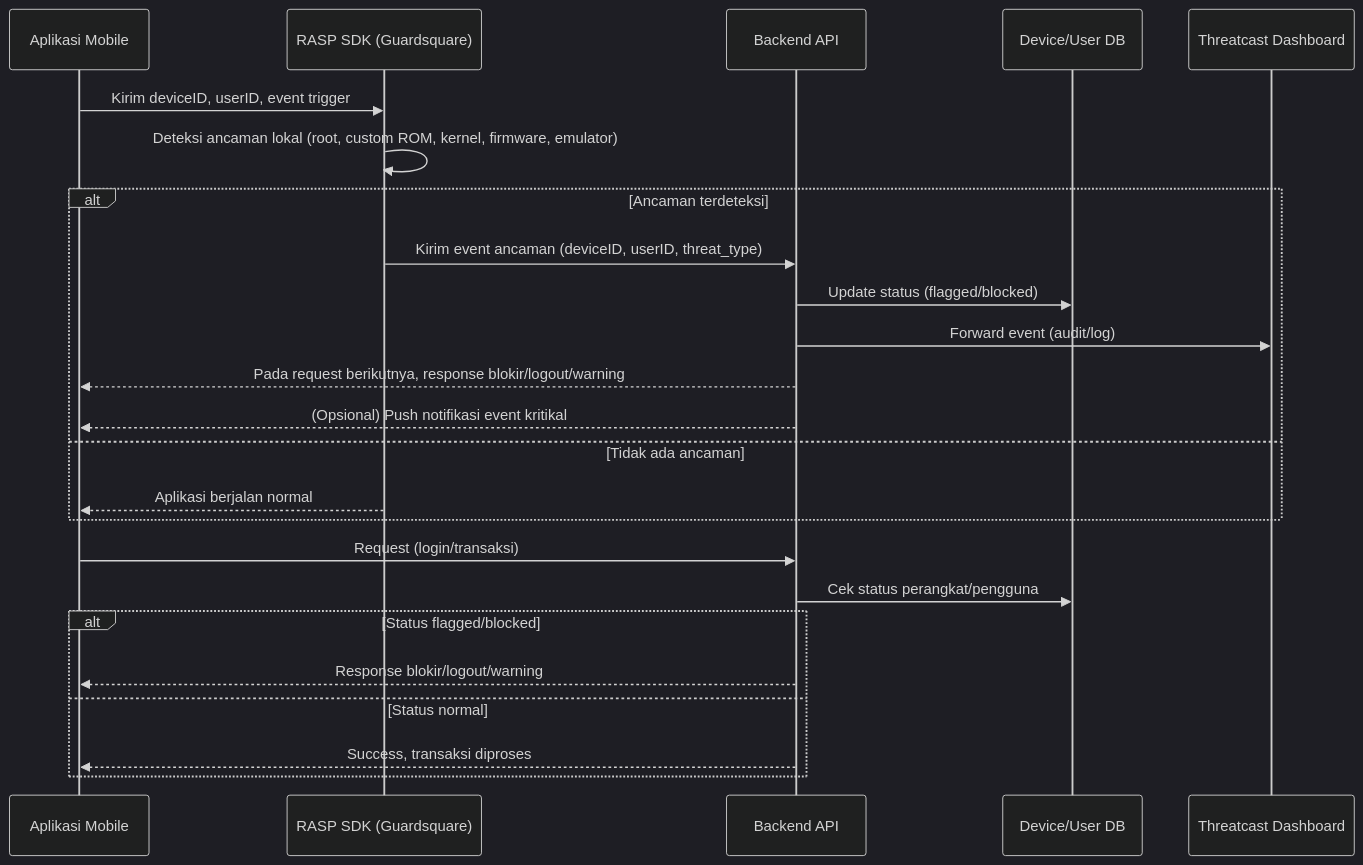
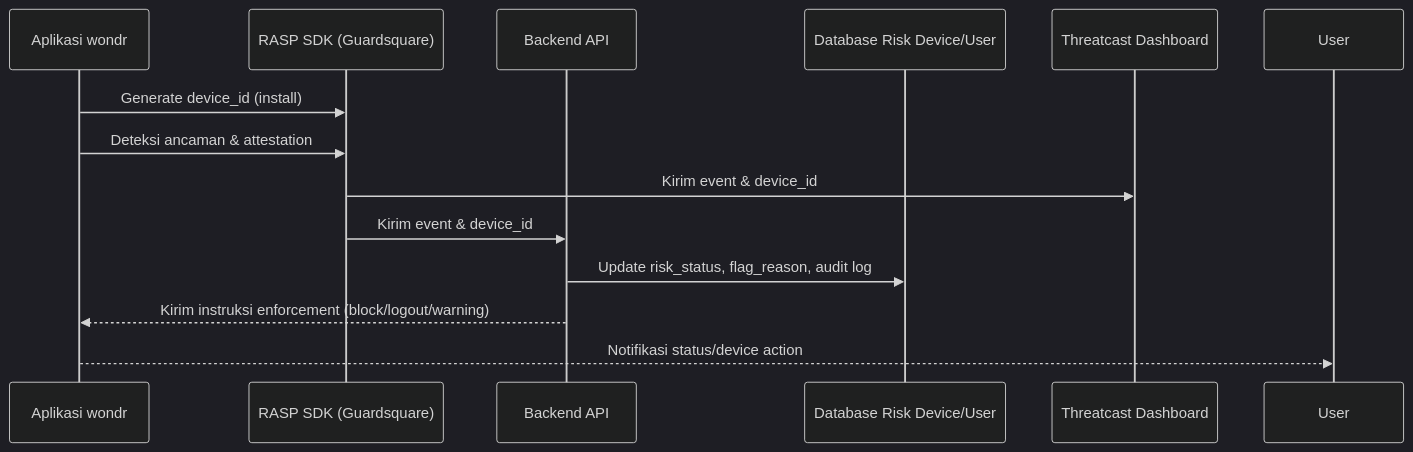
One commit to mdierm/threatcast changed the second of 2 diagrams in rca.md. Above: the diagram before and after it, drawn with Mermaid (dark theme). The commit also changed other lines of this file, not shown here.

````diff
--- a/rca.md
+++ b/rca.md
@@ -299,27 +342,17 @@
 ```mermaid
 sequenceDiagram
-    participant App as Aplikasi Mobile
+    participant App as Aplikasi wondr
     participant RASP as RASP SDK (Guardsquare)
     participant Backend as Backend API
-    participant DB as Device/User DB
+    participant DB as Database Risk Device/User
     participant Threatcast as Threatcast Dashboard
 
-    App->>RASP: Kirim deviceID, userID, event trigger
-    RASP->>RASP: Deteksi ancaman lokal (root, custom ROM, kernel, firmware, emulator)
-    alt Ancaman terdeteksi
-        RASP->>Backend: Kirim event ancaman (deviceID, userID, threat_type)
-        Backend->>DB: Update status (flagged/blocked)
-        Backend->>Threatcast: Forward event (audit/log)
-        Backend-->>App: Pada request berikutnya, response blokir/logout/warning
-        Backend-->>App: (Opsional) Push notifikasi event kritikal
-    else Tidak ada ancaman
-        RASP-->>App: Aplikasi berjalan normal
-    end
-    App->>Backend: Request (login/transaksi)
-    Backend->>DB: Cek status perangkat/pengguna
-    alt Status flagged/blocked
-        Backend-->>App: Response blokir/logout/warning
-    else Status normal
-        Backend-->>App: Success, transaksi diproses
-    end
+    App->>RASP: Generate device_id (install)
+    App->>RASP: Deteksi ancaman & attestation
+    RASP->>Threatcast: Kirim event & device_id
+    RASP->>Backend: Kirim event & device_id
+    %% Ideal ke depan: Threatcast->>Backend: Push status flag (API dua arah)
+    Backend->>DB: Update risk_status, flag_reason, audit log
+    Backend-->>App: Kirim instruksi enforcement (block/logout/warning)
+    App-->>User: Notifikasi status/device action
 ```
````
